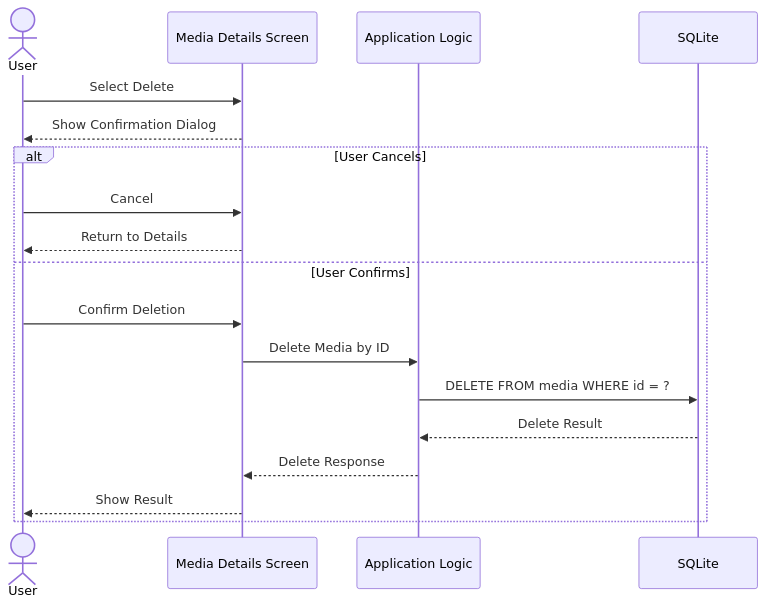
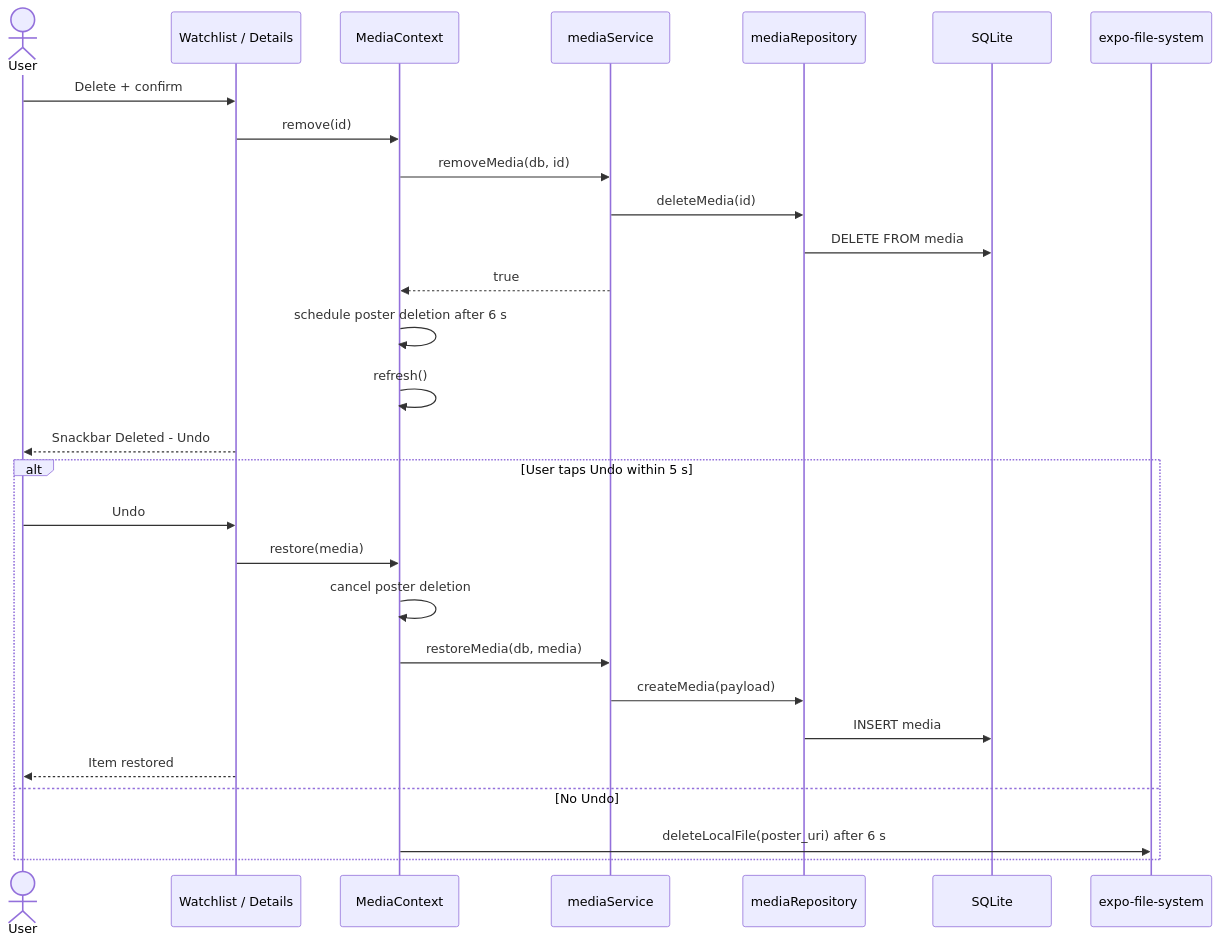
Before and after one commit to Aldo-Kristian/CineTrack: the sixth of 6 diagrams in docs/08-sequence-diagrams.md, drawn with Mermaid. The commit also changed other lines of this file and 17 other files, not shown here.

````diff
--- a/docs/08-sequence-diagrams.md
+++ b/docs/08-sequence-diagrams.md
@@ -78,21 +250,32 @@
 ```mermaid
 sequenceDiagram
     actor User
-    participant UI as Media Details Screen
-    participant Logic as Application Logic
+    participant Screen as Watchlist / Details
+    participant Context as MediaContext
+    participant Service as mediaService
+    participant Repo as mediaRepository
     participant DB as SQLite
+    participant FS as expo-file-system
 
-    User->>UI: Select Delete
-    UI-->>User: Show Confirmation Dialog
-    alt User Cancels
-        User->>UI: Cancel
-        UI-->>User: Return to Details
-    else User Confirms
-        User->>UI: Confirm Deletion
-        UI->>Logic: Delete Media by ID
-        Logic->>DB: DELETE FROM media WHERE id = ?
-        DB-->>Logic: Delete Result
-        Logic-->>UI: Delete Response
-        UI-->>User: Show Result
+    User->>Screen: Delete + confirm
+    Screen->>Context: remove(id)
+    Context->>Service: removeMedia(db, id)
+    Service->>Repo: deleteMedia(id)
+    Repo->>DB: DELETE FROM media
+    Service-->>Context: true
+    Context->>Context: schedule poster deletion after 6 s
+    Context->>Context: refresh()
+    Screen-->>User: Snackbar Deleted - Undo
+
+    alt User taps Undo within 5 s
+        User->>Screen: Undo
+        Screen->>Context: restore(media)
+        Context->>Context: cancel poster deletion
+        Context->>Service: restoreMedia(db, media)
+        Service->>Repo: createMedia(payload)
+        Repo->>DB: INSERT media
+        Screen-->>User: Item restored
+    else No Undo
+        Context->>FS: deleteLocalFile(poster_uri) after 6 s
     end
 ```
````
